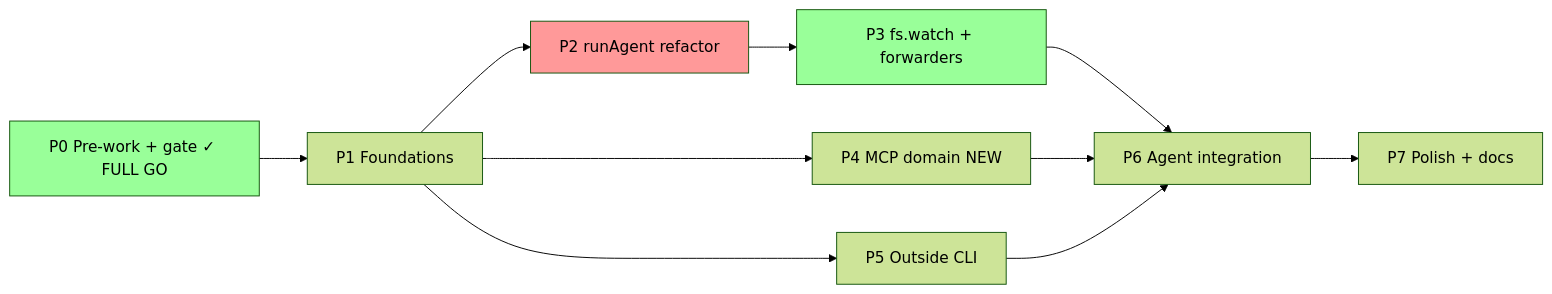
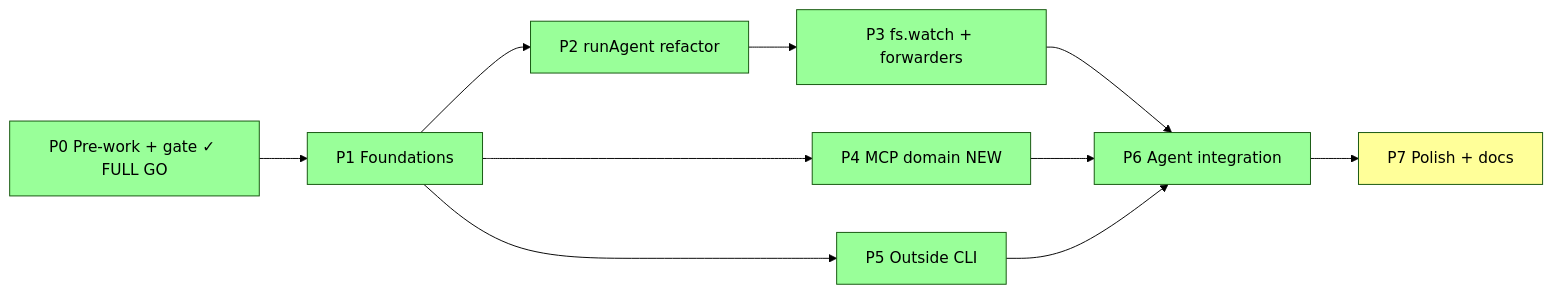
The first of 2 diagrams in docs/plans/007-backgrounding/coordination.fltplan.md (AI-Substrate/minih), drawn with Mermaid (forest theme) before and after one commit. The commit also changed other lines of this file and 66 other files, not shown here.

Commit message:
feat: land coordinated agent integration

````diff
--- a/docs/plans/007-backgrounding/coordination.fltplan.md
+++ b/docs/plans/007-backgrounding/coordination.fltplan.md
@@ -75,25 +75,25 @@
 ```mermaid
 graph LR
     P0[P0 Pre-work + gate ✓ FULL GO]:::done
-    P1[P1 Foundations]
-    P2[P2 runAgent refactor]:::critical
+    P1[P1 Foundations]:::done
+    P2[P2 runAgent refactor]:::done
     P3[P3 fs.watch + forwarders]:::done
-    P4[P4 MCP domain NEW]
-    P5[P5 Outside CLI]
-    P6[P6 Agent integration]
-    P7[P7 Polish + docs]
+    P4[P4 MCP domain NEW]:::done
+    P5[P5 Outside CLI]:::done
+    P6[P6 Agent integration]:::done
+    P7[P7 Polish + docs]:::gate
 
     P0 --> P1
     P1 --> P2
     P2 --> P3
     P1 --> P4
     P1 --> P5
     P3 --> P6
     P4 --> P6
     P5 --> P6
     P6 --> P7
 
     classDef gate fill:#ff9,color:#000
     classDef critical fill:#f99,color:#000
     classDef done fill:#9f9,color:#000
 ```
````
